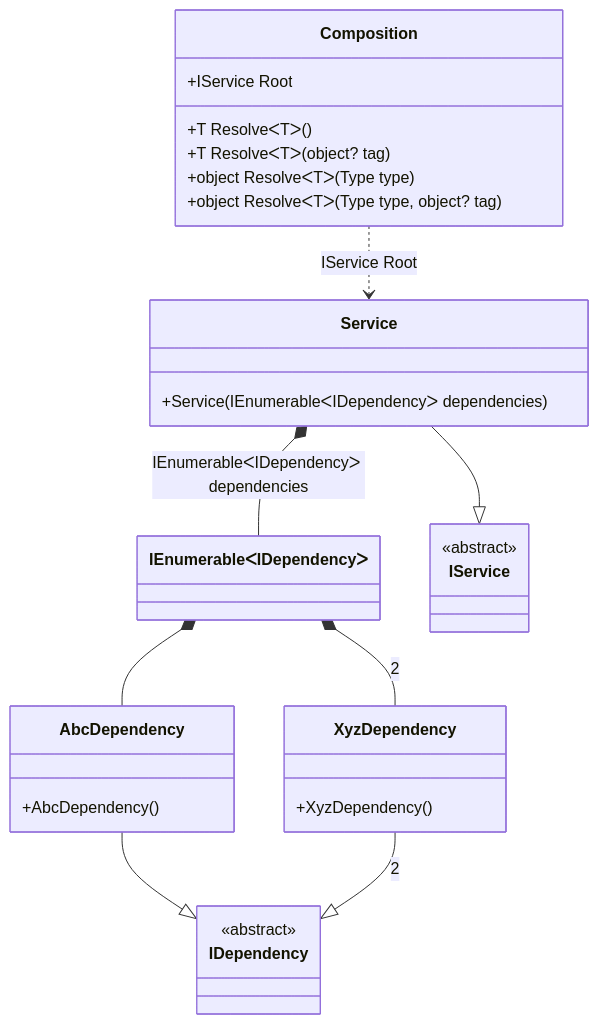
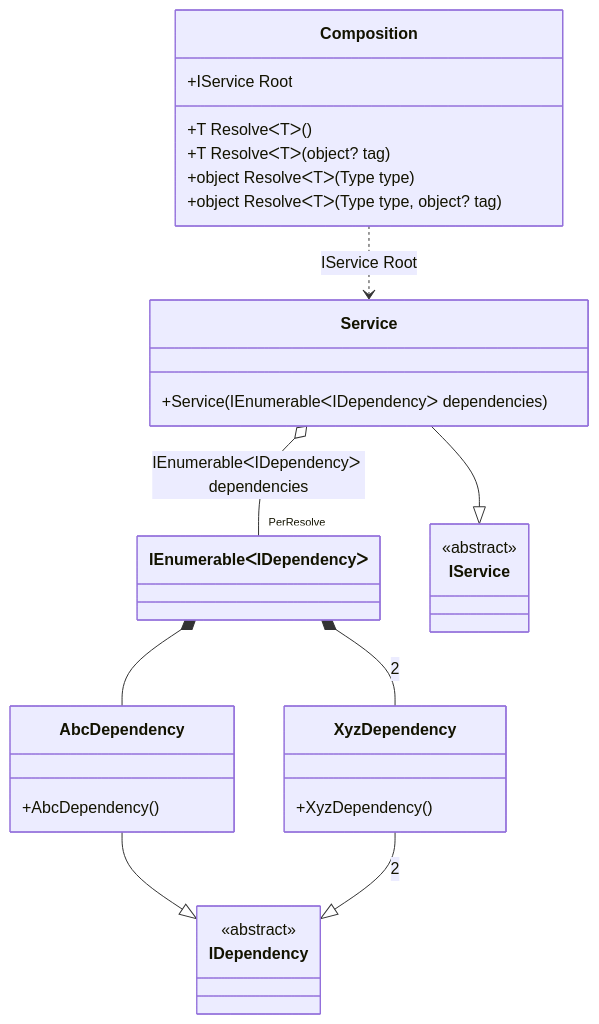
One commit to DevTeam/Pure.DI changed diagram 23 of 36 in readme/Examples.md. Above: the diagram before and after it, drawn with Mermaid. The commit also changed other lines of this file and 1 other file, not shown here.

````diff
--- a/readme/Examples.md
+++ b/readme/Examples.md
@@ -1822,33 +1822,33 @@
 ```mermaid
 classDiagram
   class Composition {
     +IService Root
     +T ResolveᐸTᐳ()
     +T ResolveᐸTᐳ(object? tag)
     +object ResolveᐸTᐳ(Type type)
     +object ResolveᐸTᐳ(Type type, object? tag)
   }
   class IEnumerableᐸIDependencyᐳ
   Service --|> IService : 
   class Service {
     +Service(IEnumerableᐸIDependencyᐳ dependencies)
   }
   AbcDependency --|> IDependency : 
   class AbcDependency {
     +AbcDependency()
   }
   XyzDependency --|> IDependency : 2 
   class XyzDependency {
     +XyzDependency()
   }
   class IService {
     <<abstract>>
   }
   class IDependency {
     <<abstract>>
   }
   IEnumerableᐸIDependencyᐳ *--  AbcDependency : 
   IEnumerableᐸIDependencyᐳ *--  XyzDependency : 2  
-  Service *--  IEnumerableᐸIDependencyᐳ : IEnumerableᐸIDependencyᐳ dependencies
+  Service o--  "PerResolve" IEnumerableᐸIDependencyᐳ : IEnumerableᐸIDependencyᐳ dependencies
   Composition ..> Service : IService Root
 ```
````
